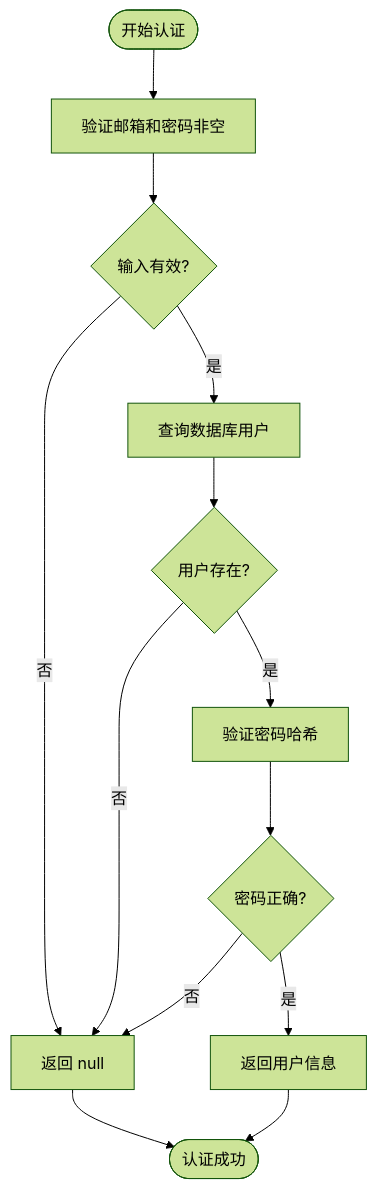
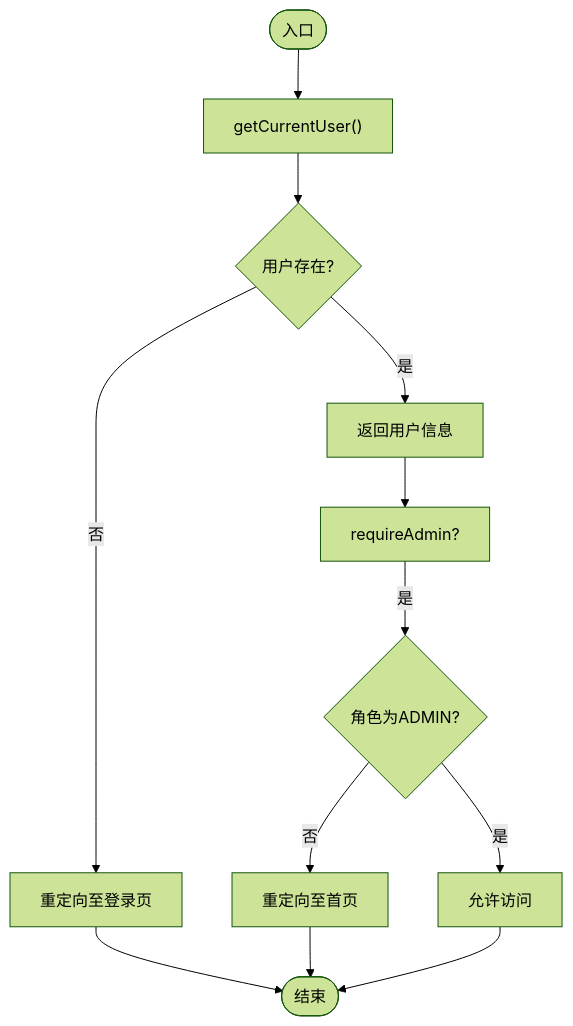
The fourth of 5 diagrams in .qoder/repowiki/zh/content/后端架构/认证系统/认证系统.md (Eyre921/yunqi), drawn with Mermaid (forest theme) before and after one commit. The commit also changed other lines of this file and 24 other files, not shown here.

````diff
--- a/.qoder/repowiki/zh/content/后端架构/认证系统/认证系统.md
+++ b/.qoder/repowiki/zh/content/后端架构/认证系统/认证系统.md
@@ -96,15 +128,14 @@
 ```mermaid
 flowchart TD
-Start([开始认证]) --> ValidateInput["验证邮箱和密码非空"]
-ValidateInput --> InputValid{"输入有效?"}
-InputValid --> |否| ReturnNull["返回 null"]
-InputValid --> |是| QueryDB["查询数据库用户"]
-QueryDB --> UserFound{"用户存在?"}
-UserFound --> |否| ReturnNull
-UserFound --> |是| CheckPassword["验证密码哈希"]
-CheckPassword --> PasswordValid{"密码正确?"}
-PasswordValid --> |否| ReturnNull
-PasswordValid --> |是| ReturnUser["返回用户信息"]
-ReturnNull --> End([认证失败])
-ReturnUser --> End([认证成功])
+Start([入口]) --> GetCurrent["getCurrentUser()"]
+GetCurrent --> HasUser{"用户存在?"}
+HasUser --> |否| RedirectLogin["重定向至登录页"]
+HasUser --> |是| ReturnUser["返回用户信息"]
+ReturnUser --> CheckAdmin["requireAdmin?"]
+CheckAdmin --> |是| IsAdmin{"角色为ADMIN?"}
+IsAdmin --> |否| RedirectHome["重定向至首页"]
+IsAdmin --> |是| AllowAccess["允许访问"]
+RedirectLogin --> End([结束])
+RedirectHome --> End
+AllowAccess --> End
 ```
````
